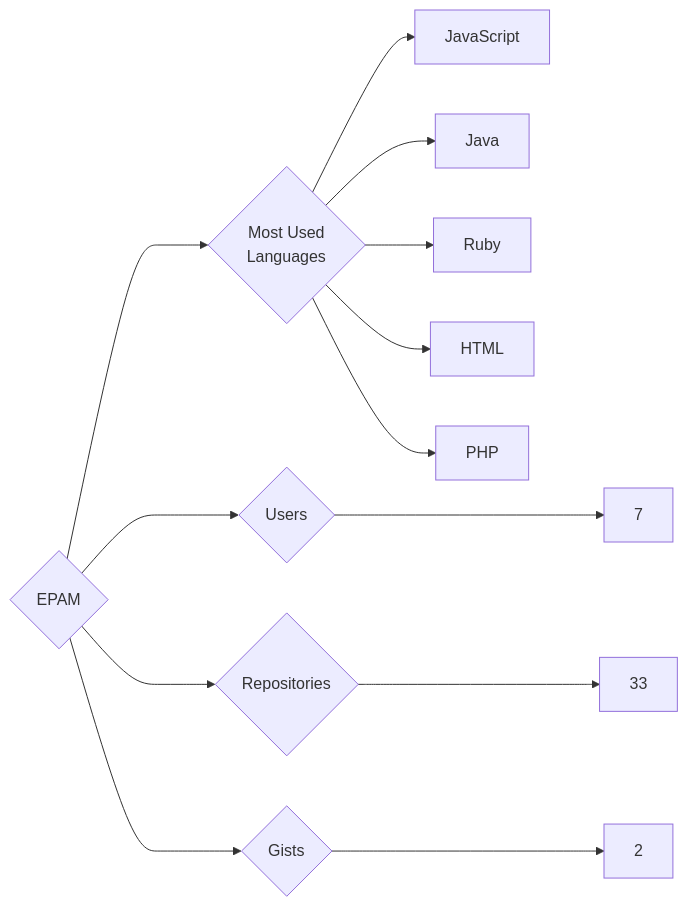
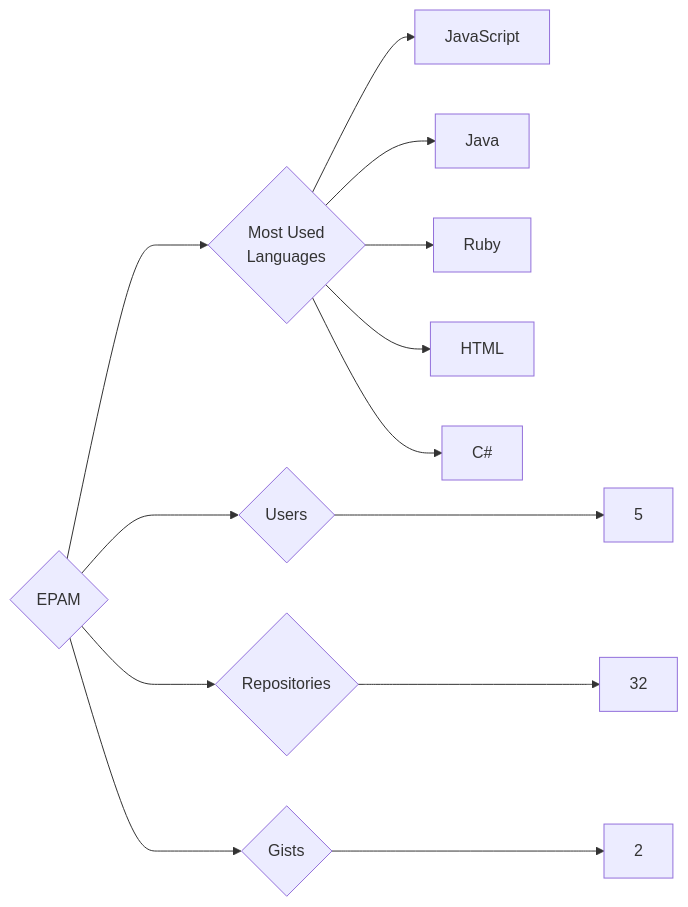
The diagram in targets/EPAM/README.md (trickest/insiders), drawn with Mermaid before and after one commit. The commit also changed 1089 other files, not shown here.

````diff
--- a/targets/EPAM/README.md
+++ b/targets/EPAM/README.md
@@ -3,13 +3,13 @@
 ```mermaid
 graph LR
 COMPANY_NAME{EPAM}
-COMPANY_NAME ---> U{Users} ---> UN[7]
-COMPANY_NAME ---> R{Repositories} ---> RN[33]
+COMPANY_NAME ---> U{Users} ---> UN[5]
+COMPANY_NAME ---> R{Repositories} ---> RN[32]
 COMPANY_NAME ---> G{Gists} ---> GN[2]
 COMPANY_NAME ---> ML{Most Used<br>Languages}
 ML --> JavaScript[JavaScript]
 ML --> Java[Java]
 ML --> Ruby[Ruby]
 ML --> HTML[HTML]
-ML --> PHP[PHP]
+ML --> C#[C#]
 ```
````
